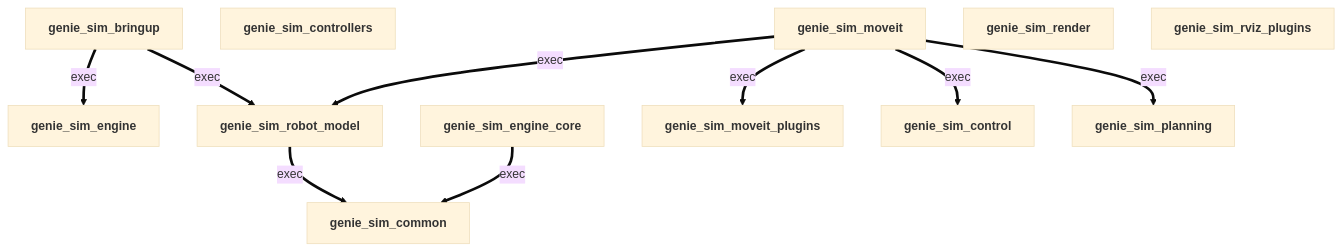
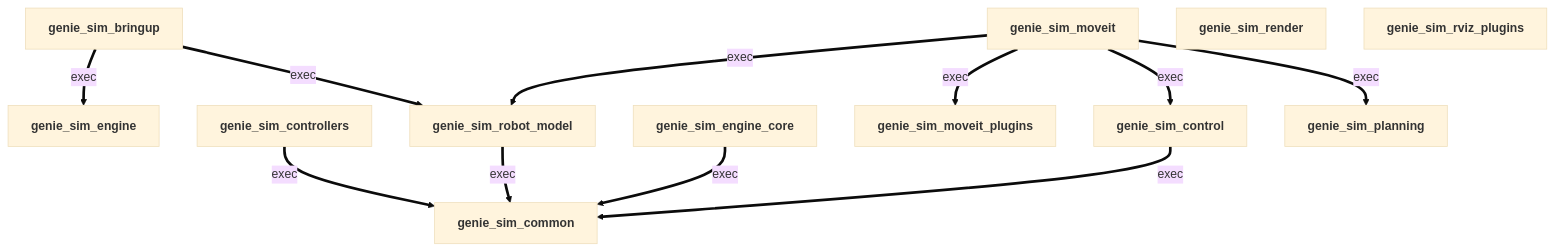
One commit to AgibotTech/genie_sim changed the diagram in source/geniesim_ros/README.md. Above: the diagram before and after it, drawn with Mermaid (base theme). The commit also changed 14 other files, not shown here.

````diff
--- a/source/geniesim_ros/README.md
+++ b/source/geniesim_ros/README.md
@@ -221,29 +221,31 @@
 ```mermaid
 graph TD
   %% Auto-generated by `geniesim tool ros-dag --fix`.
   %% Edges: -->|build|/|buildtool| build-time deps;
   %%        ==>|exec| runtime deps; -.->|test| test deps.
   %% Source: source/geniesim_ros/src/ros_ws/src/*/package.xml.
 
   genie_sim_bringup["<b>genie_sim_bringup</b>"]
   genie_sim_common["<b>genie_sim_common</b>"]
   genie_sim_control["<b>genie_sim_control</b>"]
   genie_sim_controllers["<b>genie_sim_controllers</b>"]
   genie_sim_engine["<b>genie_sim_engine</b>"]
   genie_sim_engine_core["<b>genie_sim_engine_core</b>"]
   genie_sim_moveit["<b>genie_sim_moveit</b>"]
   genie_sim_moveit_plugins["<b>genie_sim_moveit_plugins</b>"]
   genie_sim_planning["<b>genie_sim_planning</b>"]
   genie_sim_render["<b>genie_sim_render</b>"]
   genie_sim_robot_model["<b>genie_sim_robot_model</b>"]
   genie_sim_rviz_plugins["<b>genie_sim_rviz_plugins</b>"]
 
   genie_sim_bringup ==>|exec| genie_sim_engine
   genie_sim_bringup ==>|exec| genie_sim_robot_model
   genie_sim_moveit ==>|exec| genie_sim_robot_model
   genie_sim_moveit ==>|exec| genie_sim_moveit_plugins
   genie_sim_moveit ==>|exec| genie_sim_control
   genie_sim_moveit ==>|exec| genie_sim_planning
+  genie_sim_control ==>|exec| genie_sim_common
+  genie_sim_controllers ==>|exec| genie_sim_common
   genie_sim_engine_core ==>|exec| genie_sim_common
   genie_sim_robot_model ==>|exec| genie_sim_common
 ```
````
